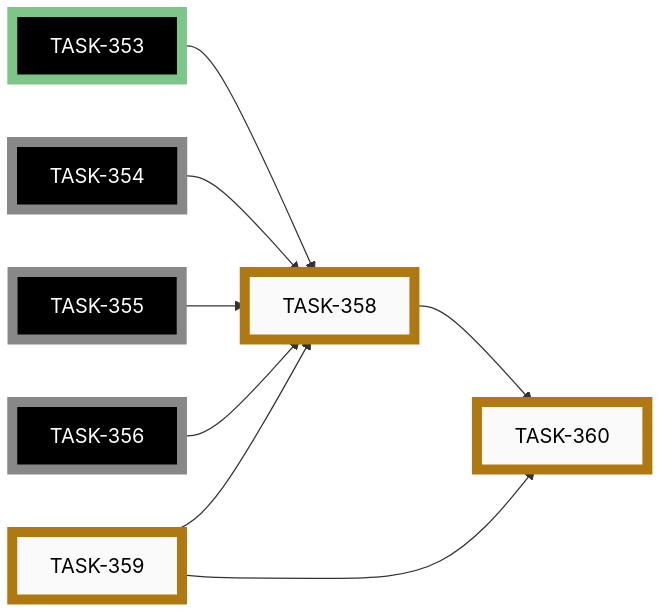
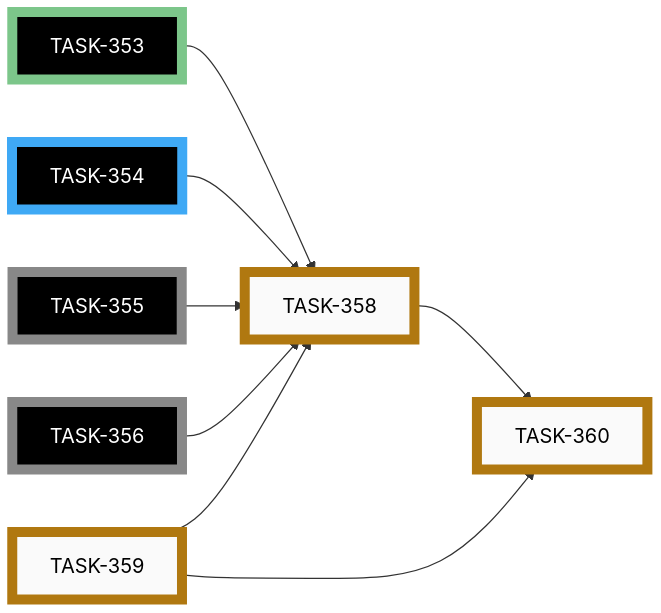
One commit to tgd1975/AwesomeStudioPedal changed the tenth of 11 diagrams in docs/developers/tasks/EPICS.md. Above: the diagram before and after it, drawn with Mermaid. The commit also changed other lines of this file and 17 other files, not shown here.

Commit message:
feat(ble/TASK-354): expose firmware version on ESP32 — new READ char 516515c5, app reads it, doc + tests

````diff
--- a/docs/developers/tasks/EPICS.md
+++ b/docs/developers/tasks/EPICS.md
@@ -419,32 +419,32 @@
 ```mermaid
 graph LR
     TASK_358["TASK-358"]:::paused
     TASK_359["TASK-359"]:::paused
     TASK_360["TASK-360"]:::paused
     TASK_353["TASK-353"]:::closedExt
-    TASK_354["TASK-354"]:::openExt
+    TASK_354["TASK-354"]:::activeExt
     TASK_355["TASK-355"]:::openExt
     TASK_356["TASK-356"]:::openExt
     TASK_353 --> TASK_358
     TASK_354 --> TASK_358
     TASK_355 --> TASK_358
     TASK_356 --> TASK_358
     TASK_359 --> TASK_358
     TASK_358 --> TASK_360
     TASK_359 --> TASK_360
     click TASK_358 "open/task-358-nrf52840-ble-readback-surfaces.md"
     click TASK_359 "open/task-359-remove-nrf5-task-routing-skill.md"
     click TASK_360 "open/task-360-nrf52840-esp32-parity-audit.md"
     click TASK_353 "closed/task-353-feasibility-firmware-ble-readback-surfaces.md"
-    click TASK_354 "open/task-354-firmware-version-read-characteristic.md"
+    click TASK_354 "active/task-354-firmware-version-read-characteristic.md"
     click TASK_355 "open/task-355-firmware-config-readback.md"
     click TASK_356 "open/task-356-firmware-active-profile-notify.md"
     classDef open    fill:#FAFAFA,stroke:#555,stroke-width:8px,color:#000
     classDef active  fill:#FAFAFA,stroke:#1A6FA8,stroke-width:8px,color:#000
     classDef closed  fill:#FAFAFA,stroke:#3F8B53,stroke-width:8px,color:#000
     classDef paused  fill:#FAFAFA,stroke:#B07810,stroke-width:8px,color:#000
     classDef openExt    fill:#000,stroke:#888,stroke-width:8px,color:#FFF
     classDef activeExt  fill:#000,stroke:#3FA9F5,stroke-width:8px,color:#FFF
     classDef closedExt  fill:#000,stroke:#7CC68A,stroke-width:8px,color:#FFF
     classDef pausedExt  fill:#000,stroke:#F0B030,stroke-width:8px,color:#FFF
 ```
````
